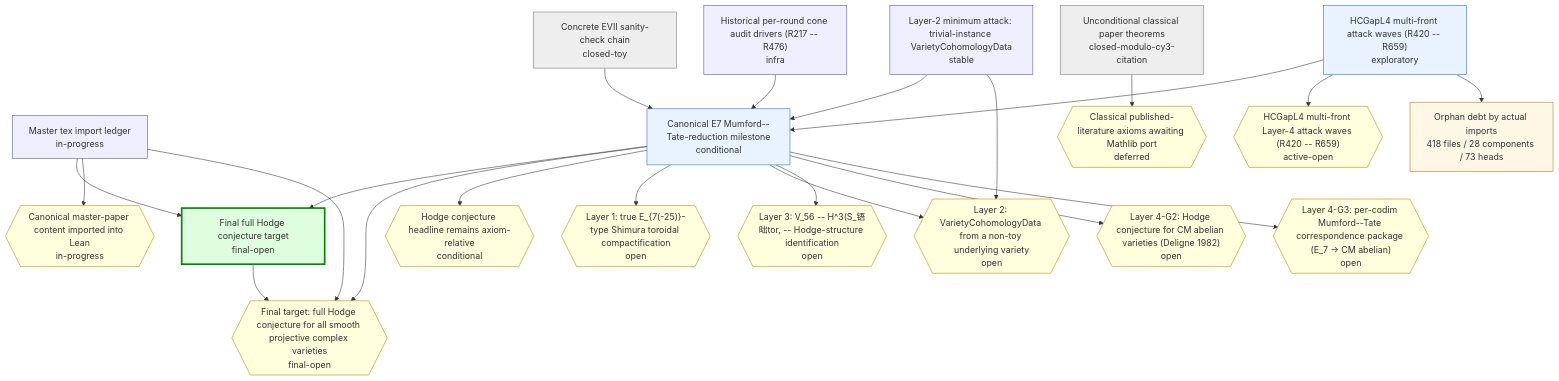
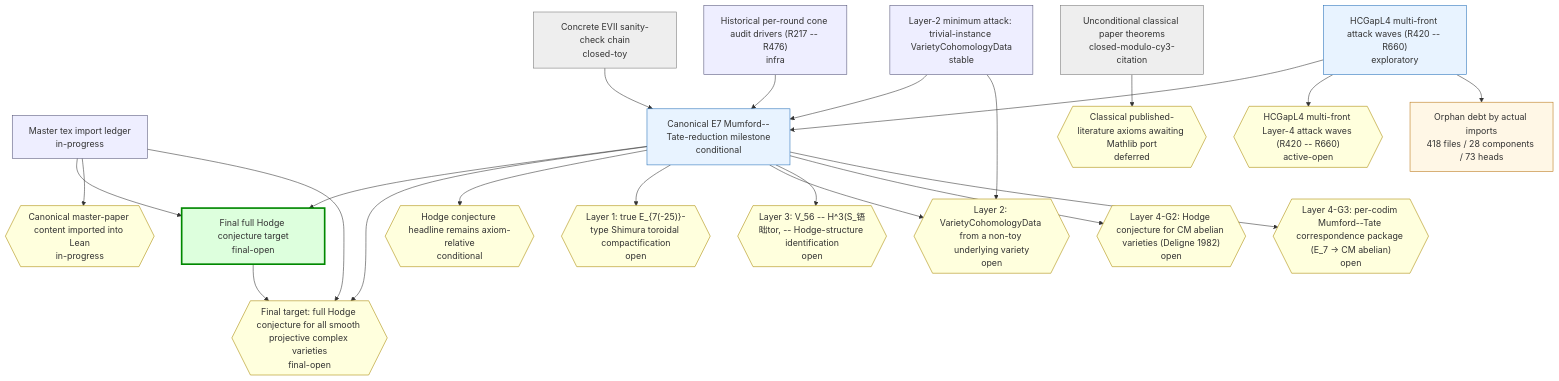
The first of 2 diagrams in chain-status/research-map.md (crabsatellite/hodge-conjecture-lean4-formalization), drawn with Mermaid before and after one commit. The commit also changed other lines of this file and 8 other files, not shown here.

````diff
--- a/chain-status/research-map.md
+++ b/chain-status/research-map.md
@@ -46,54 +46,54 @@
 ```mermaid
 graph TD
   classDef main fill:#dfd,stroke:#080,stroke-width:3px
   classDef active fill:#e8f3ff,stroke:#2670b8
   classDef support fill:#eef,stroke:#557
   classDef closed fill:#eee,stroke:#777
   classDef dead fill:#fdd,stroke:#a00,stroke-width:2px
   classDef gapOpen fill:#ffd,stroke:#a80
   classDef gapClosed fill:#eee,stroke:#777
   classDef gapDead fill:#fdd,stroke:#a00
   classDef debt fill:#fff7e6,stroke:#b87514
   classDef debtTaxonomy fill:#e8f3ff,stroke:#2670b8,stroke-dasharray:3 3
   classDef debtRule fill:#eefbea,stroke:#398439,stroke-dasharray:3 3
   classDef debtDead fill:#fdd,stroke:#a00,stroke-dasharray:3 3
   chain_full_hc_final_target["Final full Hodge conjecture target\nfinal-open"]:::main
   chain_master_paper_import_ledger["Master tex import ledger\nin-progress"]:::support
   chain_main_hc_axiom_relative["Canonical E7 Mumford--Tate-reduction milestone\nconditional"]:::active
   chain_unconditional_classical["Unconditional classical paper theorems\nclosed-modulo-cy3-citation"]:::closed
   chain_hcgap_l2_trivial_instances["Layer-2 minimum attack: trivial-instance VarietyCohomologyData\nstable"]:::support
-  chain_hcgap_l4_multifront_active["HCGapL4 multi-front attack waves (R420 -- R659)\nexploratory"]:::active
+  chain_hcgap_l4_multifront_active["HCGapL4 multi-front attack waves (R420 -- R660)\nexploratory"]:::active
   chain_concrete_evii_toy["Concrete EVII sanity-check chain\nclosed-toy"]:::closed
   chain_historical_cone_audits["Historical per-round cone audit drivers (R217 -- R476)\ninfra"]:::support
   gap_G_full_hc{{"Final target: full Hodge conjecture for all smooth projective complex varieties\nfinal-open"}}:::gapOpen
   gap_G_master_paper_import{{"Canonical master-paper content imported into Lean\nin-progress"}}:::gapOpen
   gap_G_main_hc{{"Hodge conjecture headline remains axiom-relative\nconditional"}}:::gapOpen
   gap_G_l1_e7_shimura_tor{{"Layer 1: true E_{7(-25)}-type Shimura toroidal compactification\nopen"}}:::gapOpen
   gap_G_l2_cohomology_construction{{"Layer 2: VarietyCohomologyData from a non-toy underlying variety\nopen"}}:::gapOpen
   gap_G_l3_v56_mt_identification{{"Layer 3: V_56 -- H^3(S_铻昢tor, -- Hodge-structure identification\nopen"}}:::gapOpen
   gap_G_l4_cm_abelian_hc{{"Layer 4-G2: Hodge conjecture for CM abelian varieties (Deligne 1982)\nopen"}}:::gapOpen
   gap_G_l4_mt_correspondence{{"Layer 4-G3: per-codim Mumford--Tate correspondence package (E_7 -> CM abelian)\nopen"}}:::gapOpen
   gap_G_classical_mathlib_port{{"Classical published-literature axioms awaiting Mathlib port\ndeferred"}}:::gapOpen
-  gap_G_hcgap_l4_multifront{{"HCGapL4 multi-front Layer-4 attack waves (R420 -- R659)\nactive-open"}}:::gapOpen
+  gap_G_hcgap_l4_multifront{{"HCGapL4 multi-front Layer-4 attack waves (R420 -- R660)\nactive-open"}}:::gapOpen
   chain_full_hc_final_target --> gap_G_full_hc
   chain_master_paper_import_ledger --> chain_full_hc_final_target
   chain_master_paper_import_ledger --> gap_G_master_paper_import
   chain_master_paper_import_ledger --> gap_G_full_hc
   chain_main_hc_axiom_relative --> chain_full_hc_final_target
   chain_main_hc_axiom_relative --> gap_G_full_hc
   chain_main_hc_axiom_relative --> gap_G_main_hc
   chain_main_hc_axiom_relative --> gap_G_l1_e7_shimura_tor
   chain_main_hc_axiom_relative --> gap_G_l2_cohomology_construction
   chain_main_hc_axiom_relative --> gap_G_l3_v56_mt_identification
   chain_main_hc_axiom_relative --> gap_G_l4_cm_abelian_hc
   chain_main_hc_axiom_relative --> gap_G_l4_mt_correspondence
   chain_unconditional_classical --> gap_G_classical_mathlib_port
   chain_hcgap_l2_trivial_instances --> chain_main_hc_axiom_relative
   chain_hcgap_l2_trivial_instances --> gap_G_l2_cohomology_construction
   chain_hcgap_l4_multifront_active --> chain_main_hc_axiom_relative
   chain_hcgap_l4_multifront_active --> gap_G_hcgap_l4_multifront
   chain_concrete_evii_toy --> chain_main_hc_axiom_relative
   chain_historical_cone_audits --> chain_main_hc_axiom_relative
   debt_all["Orphan debt by actual imports\n418 files / 28 components / 73 heads"]:::debt
   chain_hcgap_l4_multifront_active --> debt_all
 ```
````
